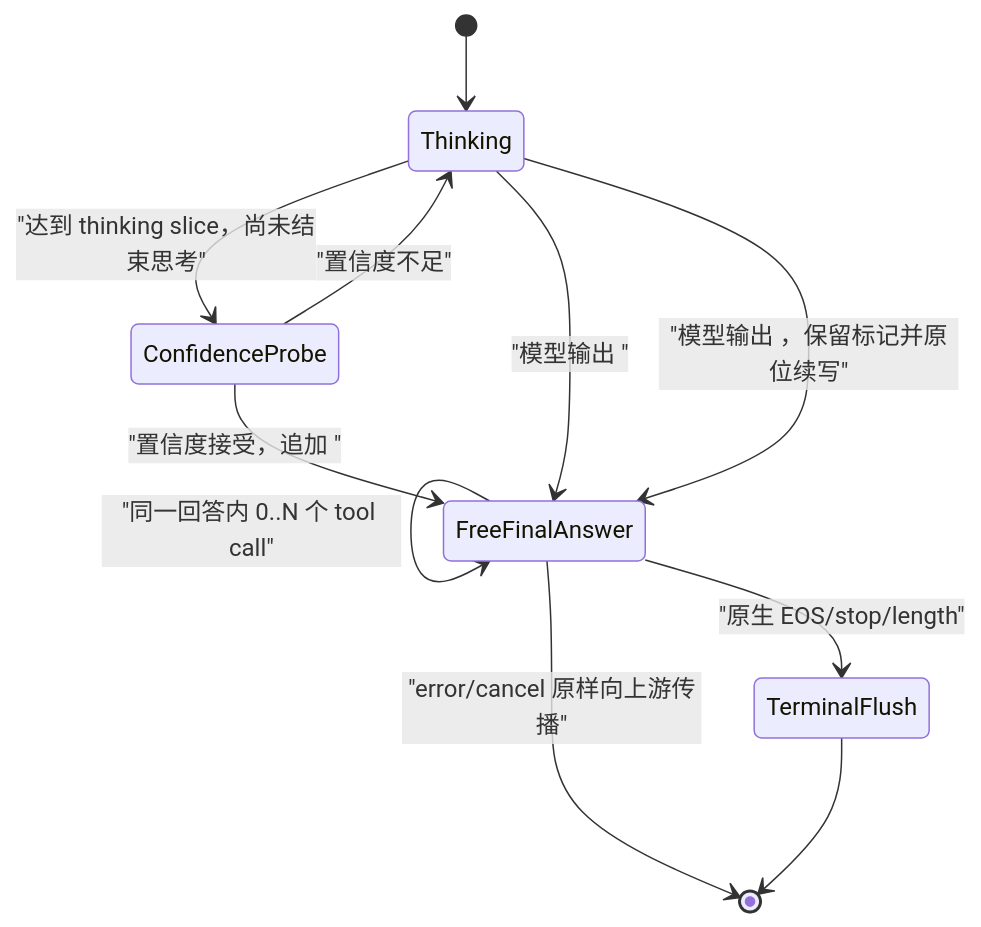
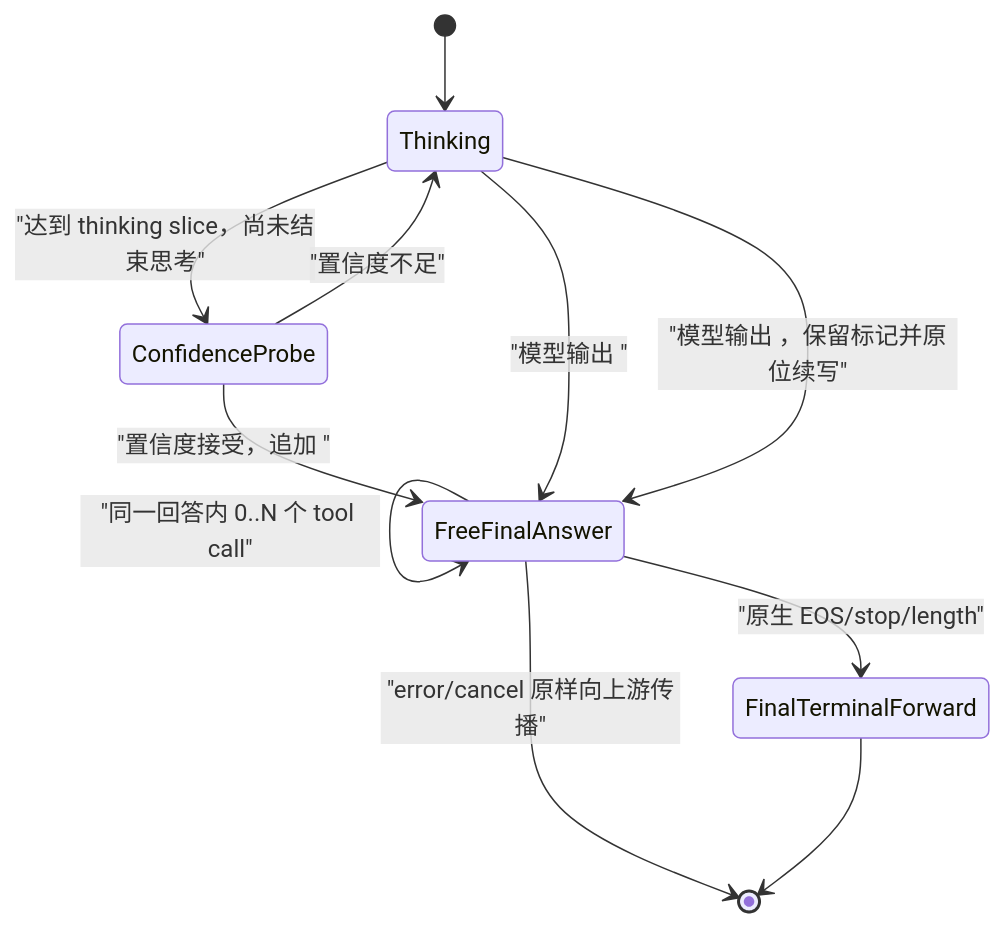
One commit to F00L42/TB changed the second of 2 diagrams in docs/debug/tool_call_streaming_debug_plan.md. Above: the diagram before and after it, drawn with Mermaid. The commit also changed other lines of this file and 7 other files, not shown here.

````diff
--- a/docs/debug/tool_call_streaming_debug_plan.md
+++ b/docs/debug/tool_call_streaming_debug_plan.md
@@ -202,13 +308,13 @@
 ```mermaid
 stateDiagram-v2
     [*] --> Thinking
     Thinking --> ConfidenceProbe: "达到 thinking slice，尚未结束思考"
     ConfidenceProbe --> Thinking: "置信度不足"
     ConfidenceProbe --> FreeFinalAnswer: "置信度接受，追加 </think>"
     Thinking --> FreeFinalAnswer: "模型输出 </think>"
     Thinking --> FreeFinalAnswer: "模型输出 <tool_call>，保留标记并原位续写"
     FreeFinalAnswer --> FreeFinalAnswer: "同一回答内 0..N 个 tool call"
-    FreeFinalAnswer --> TerminalFlush: "原生 EOS/stop/length"
+    FreeFinalAnswer --> FinalTerminalForward: "原生 EOS/stop/length"
     FreeFinalAnswer --> [*]: "error/cancel 原样向上游传播"
-    TerminalFlush --> [*]
+    FinalTerminalForward --> [*]
 ```
````
